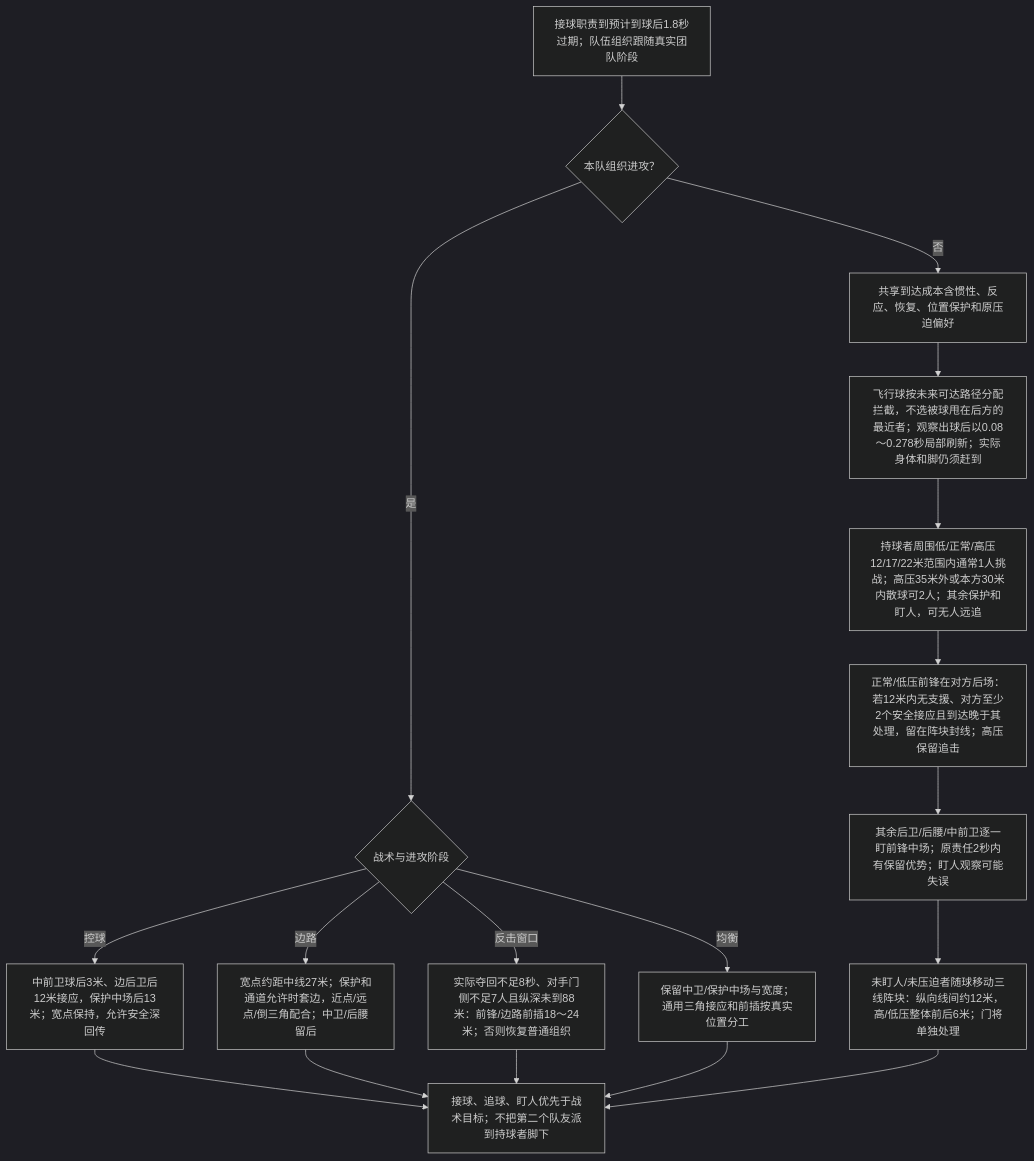
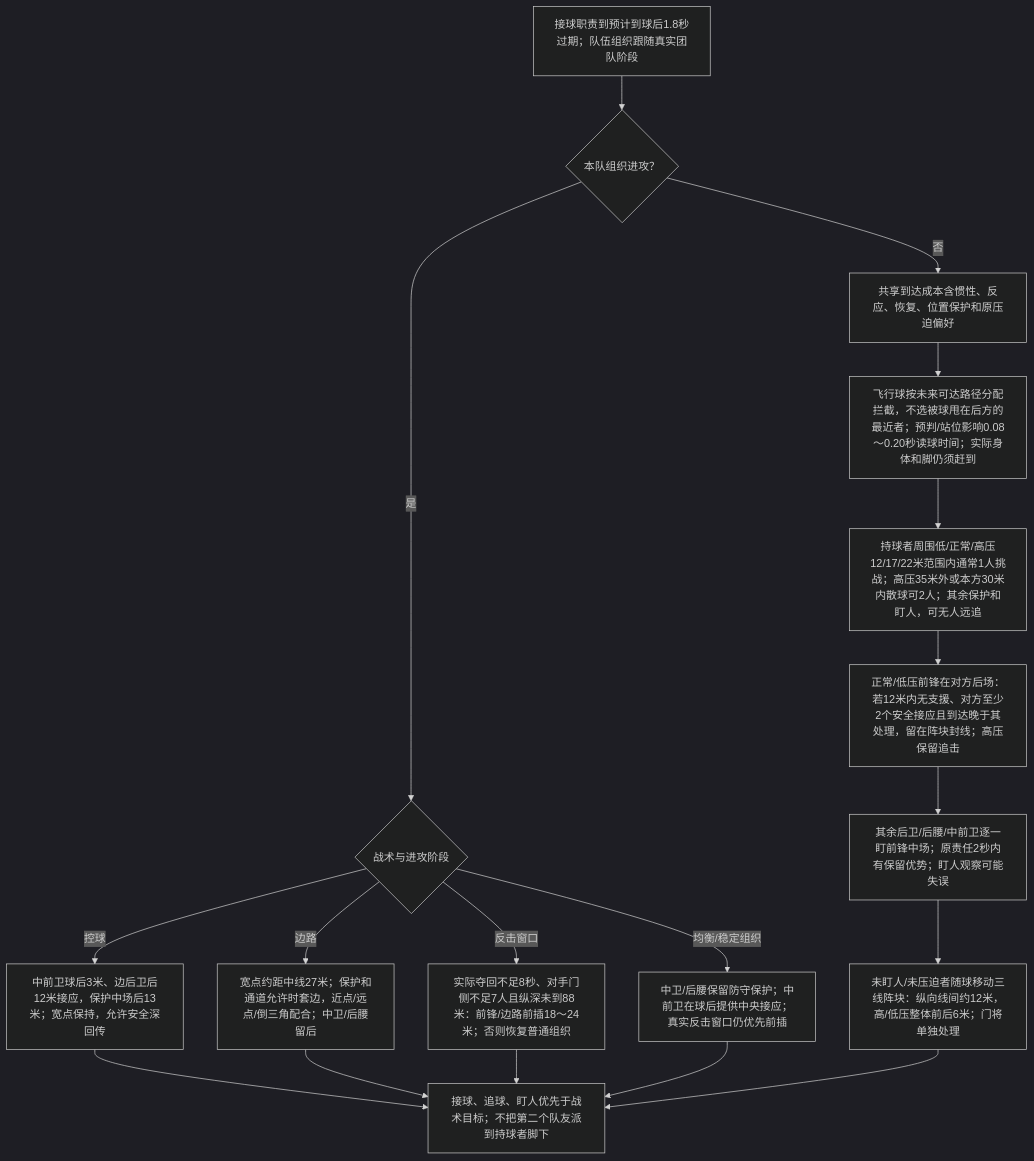
Before and after one commit to sixu3575/touchline-manager: the second of 7 diagrams in packages/shared/modules/matches/design/PLAYER_DECISION_MAP.md, drawn with Mermaid (dark theme). The commit also changed other lines of this file and 17 other files, not shown here.

````diff
--- a/packages/shared/modules/matches/design/PLAYER_DECISION_MAP.md
+++ b/packages/shared/modules/matches/design/PLAYER_DECISION_MAP.md
@@ -48,20 +48,20 @@
 ```mermaid
 flowchart TD
   R0["接球职责到预计到球后1.8秒过期；队伍组织跟随真实团队阶段"] --> R1{"本队组织进攻？"}
   R1 -->|否| R2["共享到达成本含惯性、反应、恢复、位置保护和原压迫偏好"]
-  R2 --> RF["飞行球按未来可达路径分配拦截，不选被球甩在后方的最近者；观察出球后以0.08～0.278秒局部刷新；实际身体和脚仍须赶到"]
+  R2 --> RF["飞行球按未来可达路径分配拦截，不选被球甩在后方的最近者；预判/站位影响0.08～0.20秒读球时间；实际身体和脚仍须赶到"]
   RF --> R3["持球者周围低/正常/高压12/17/22米范围内通常1人挑战；高压35米外或本方30米内散球可2人；其余保护和盯人，可无人远追"]
   R3 --> RX["正常/低压前锋在对方后场：若12米内无支援、对方至少2个安全接应且到达晚于其处理，留在阵块封线；高压保留追击"]
   RX --> R4["其余后卫/后腰/中前卫逐一盯前锋中场；原责任2秒内有保留优势；盯人观察可能失误"]
   R4 --> R5["未盯人/未压迫者随球移动三线阵块：纵向线间约12米，高/低压整体前后6米；门将单独处理"]
   R1 -->|是| R6{"战术与进攻阶段"}
   R6 -->|控球| RP["中前卫球后3米、边后卫后12米接应，保护中场后13米；宽点保持，允许安全深回传"]
   R6 -->|边路| RW["宽点约距中线27米；保护和通道允许时套边，近点/远点/倒三角配合；中卫/后腰留后"]
   R6 -->|反击窗口| RC["实际夺回不足8秒、对手门侧不足7人且纵深未到88米：前锋/边路前插18～24米；否则恢复普通组织"]
-  R6 -->|均衡| RB["保留中卫/保护中场与宽度；通用三角接应和前插按真实位置分工"]
+  R6 -->|均衡/稳定组织| RB["中卫/后腰保留防守保护；中前卫在球后提供中央接应；真实反击窗口仍优先前插"]
   RP --> R7["接球、追球、盯人优先于战术目标；不把第二个队友派到持球者脚下"]
   RW --> R7
   RC --> R7
   RB --> R7
   R5 --> R7
 ```
````
